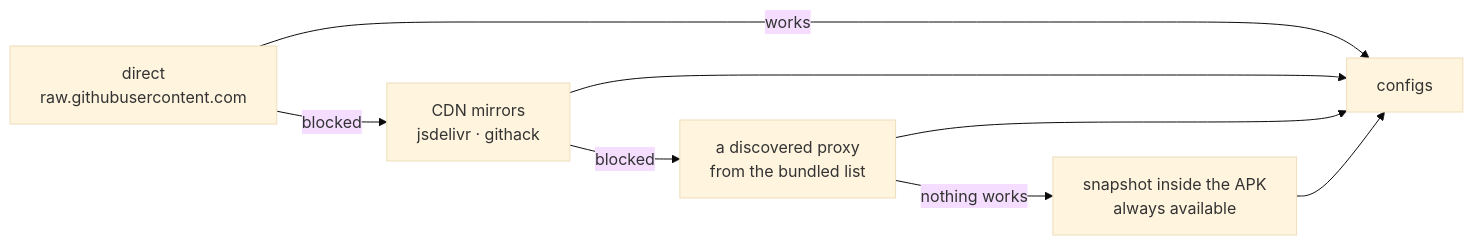
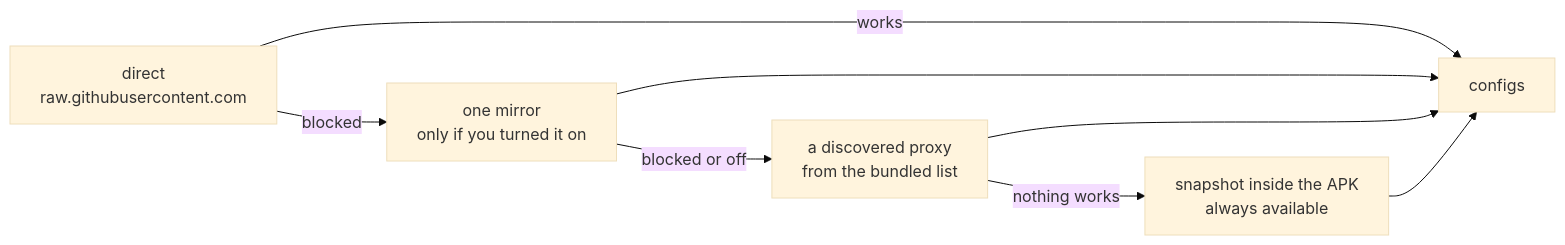
Before and after one commit to morpheusadam/v2rayV: the diagram in README.md, drawn with Mermaid (base theme). The commit also changed other lines of this file and 3 other files, not shown here.

````diff
--- a/README.md
+++ b/README.md
@@ -129,10 +129,10 @@
 ```mermaid
 flowchart LR
-    A["direct<br/>raw.githubusercontent.com"] -->|blocked| B["CDN mirrors<br/>jsdelivr · githack"]
-    B -->|blocked| C["a discovered proxy<br/>from the bundled list"]
+    A["direct<br/>raw.githubusercontent.com"] -->|blocked| B["one mirror<br/>only if you turned it on"]
+    B -->|blocked or off| C["a discovered proxy<br/>from the bundled list"]
     C -->|nothing works| D["snapshot inside the APK<br/>always available"]
     A -->|works| E["configs"]
     B --> E
     C --> E
     D --> E
 ```
````
